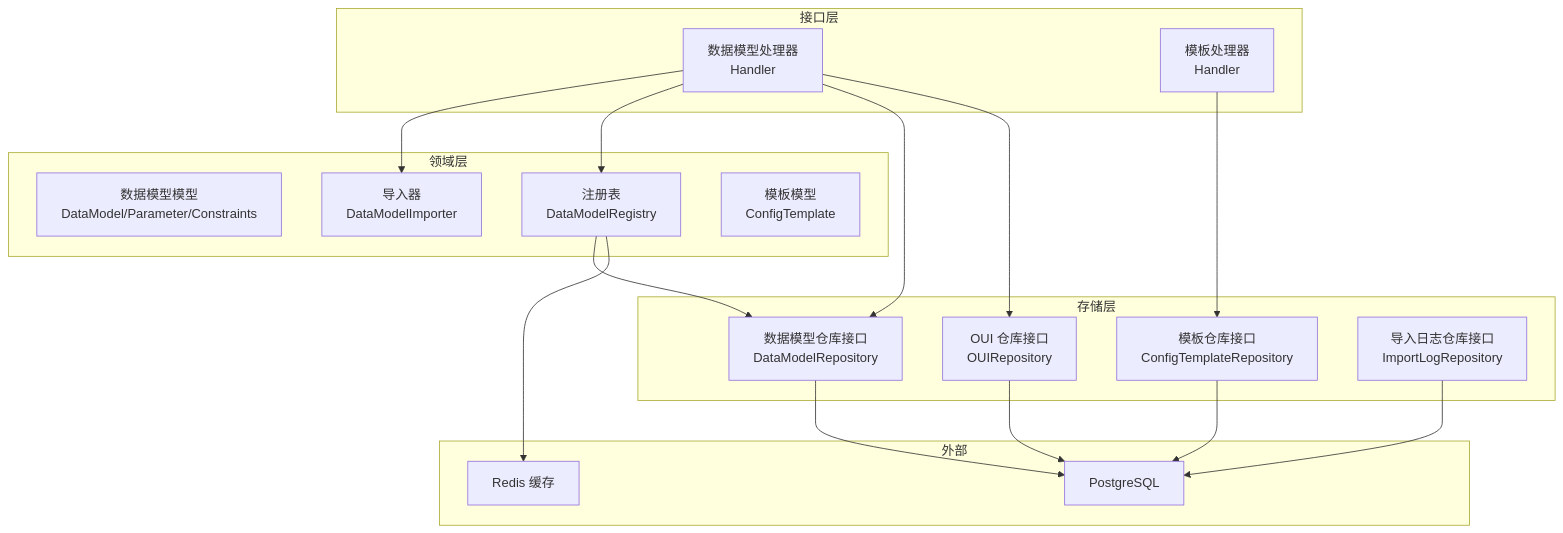
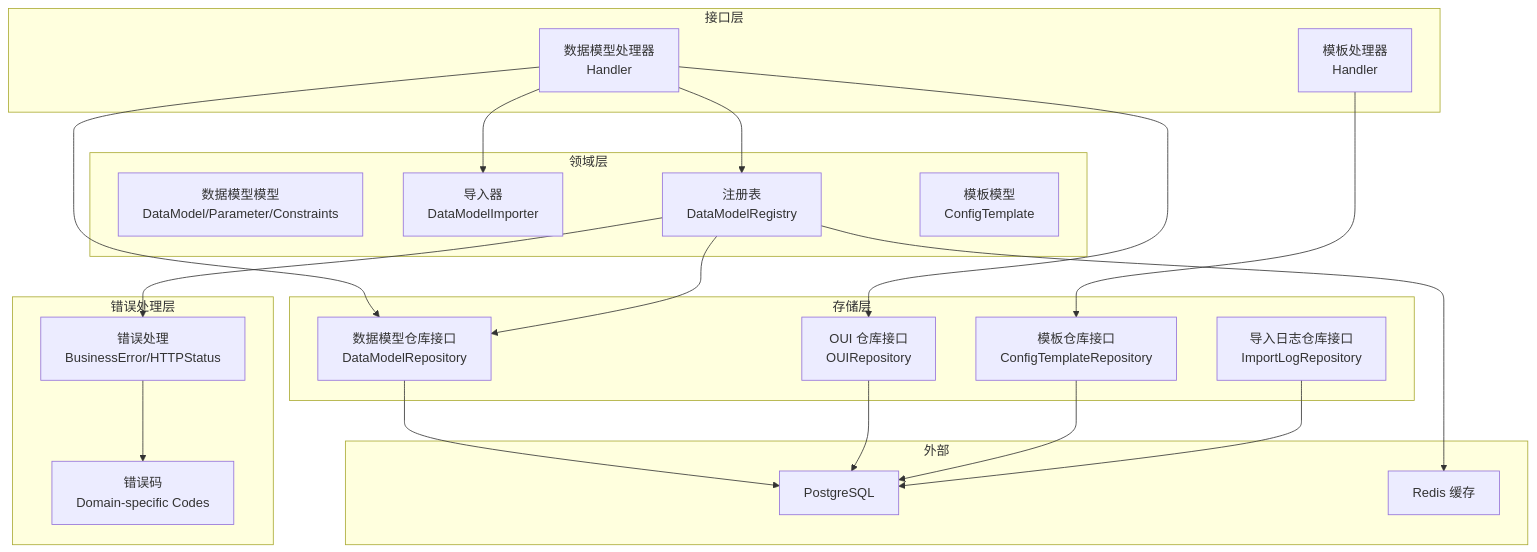
The first of 6 diagrams in .qoder/repowiki/zh/content/多运营商适配/数据模型管理.md (bixinhaner/xomc), drawn with Mermaid before and after one commit. The commit also changed other lines of this file and 4 other files, not shown here.

````diff
--- a/.qoder/repowiki/zh/content/多运营商适配/数据模型管理.md
+++ b/.qoder/repowiki/zh/content/多运营商适配/数据模型管理.md
@@ -52,34 +64,40 @@
 ```mermaid
 graph TB
 subgraph "接口层"
 HDM["数据模型处理器<br/>Handler"]
 HT["模板处理器<br/>Handler"]
 end
 subgraph "领域层"
 DM["数据模型模型<br/>DataModel/Parameter/Constraints"]
 IMP["导入器<br/>DataModelImporter"]
 REG["注册表<br/>DataModelRegistry"]
 TM["模板模型<br/>ConfigTemplate"]
+end
+subgraph "错误处理层"
+ERR["错误处理<br/>BusinessError/HTTPStatus"]
+CODES["错误码<br/>Domain-specific Codes"]
 end
 subgraph "存储层"
 REPDM["数据模型仓库接口<br/>DataModelRepository"]
 REPOUI["OUI 仓库接口<br/>OUIRepository"]
 REPTM["模板仓库接口<br/>ConfigTemplateRepository"]
 LOG["导入日志仓库接口<br/>ImportLogRepository"]
 end
 subgraph "外部"
 DB["PostgreSQL"]
 REDIS["Redis 缓存"]
 end
 HDM --> IMP
 HDM --> REG
 HDM --> REPDM
 HDM --> REPOUI
 HT --> REPTM
 REG --> REPDM
 REG --> REDIS
+REG --> ERR
+ERR --> CODES
 REPDM --> DB
 REPOUI --> DB
 REPTM --> DB
 LOG --> DB
 ```
````
